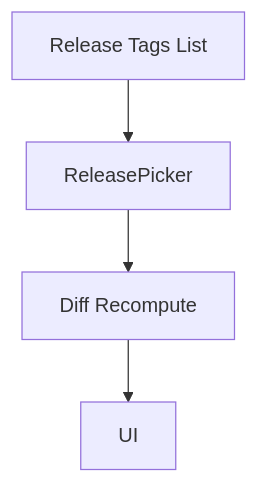
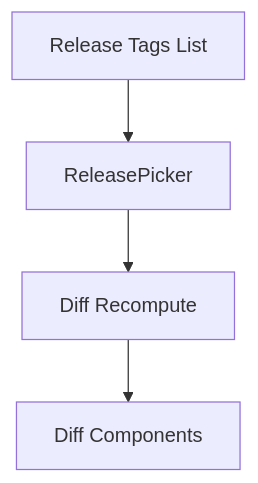
The fourth of 7 diagrams in web/src/entities/diff-first/README.md (bartytime4life/Kansas-Frontier-Matrix), drawn with Mermaid before and after one commit. The commit also changed other lines of this file, not shown here.

````diff
--- a/web/src/entities/diff-first/README.md
+++ b/web/src/entities/diff-first/README.md
@@ -211,6 +335,6 @@
-```mermaid
+~~~mermaid
 flowchart TD
     TAGS["Release Tags List"] --> PICK["ReleasePicker"]
     PICK --> UPDATE["Diff Recompute"]
-    UPDATE --> UI
-```
+    UPDATE --> UI["Diff Components"]
+~~~
````
